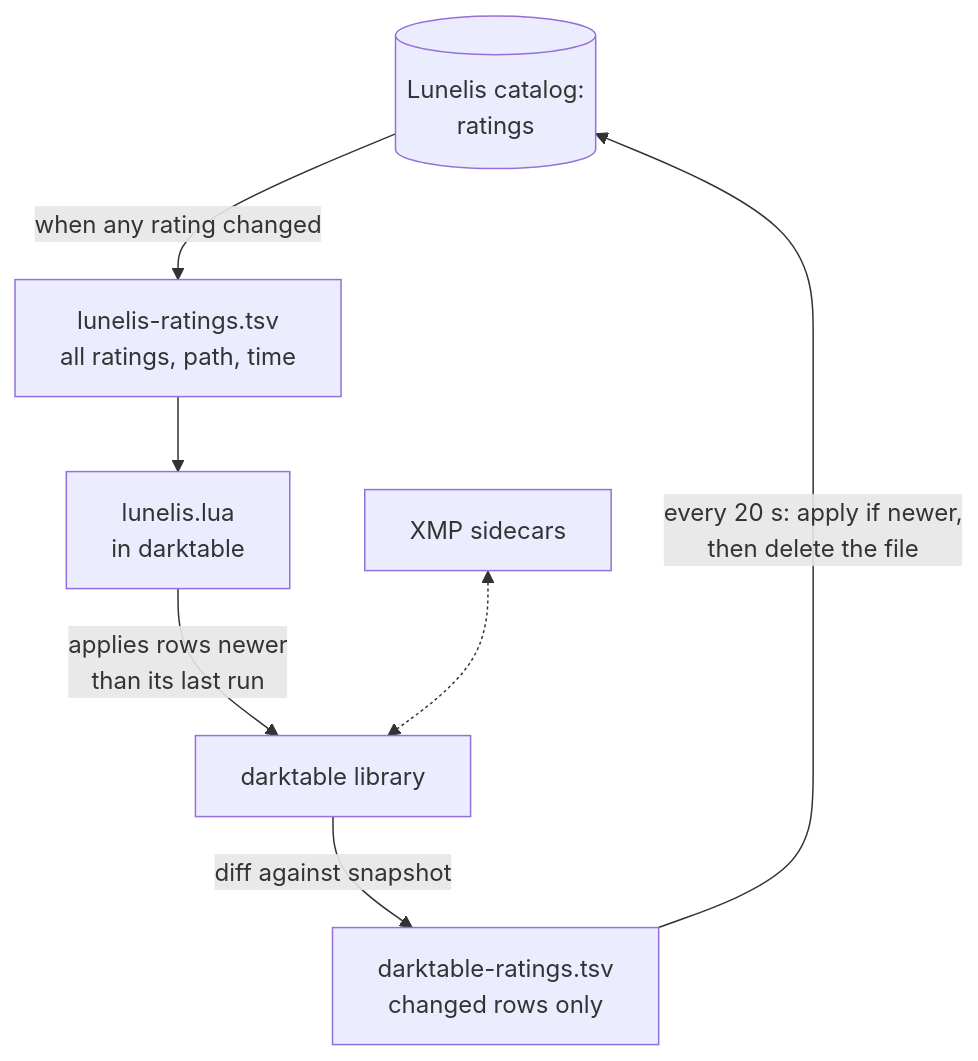
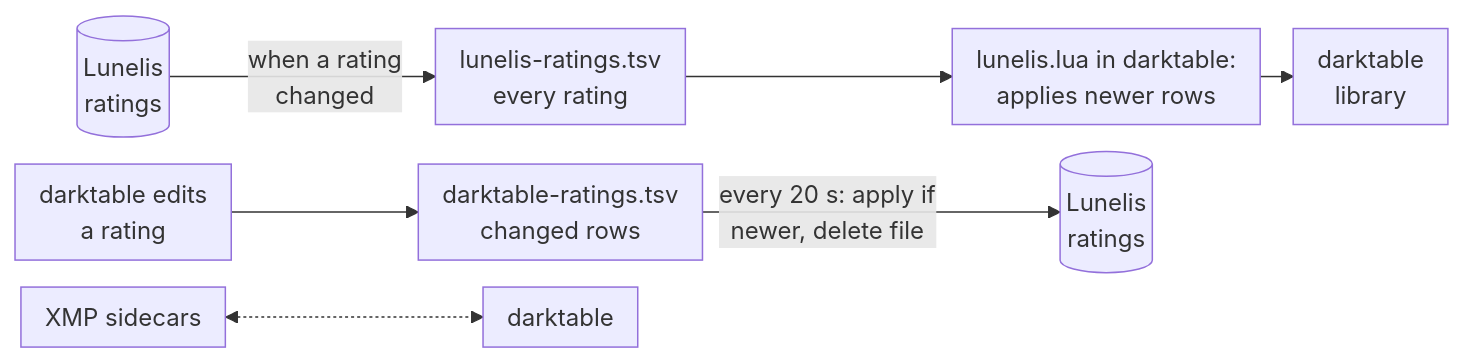
One commit to AxialForge/Lunelis changed diagram 12 of 14 in docs/src/dataflow-lunelis.md. Above: the diagram before and after it, drawn with Mermaid. The commit also changed other lines of this file and 3 other files, not shown here.

Commit message:
Kit: keep table header and last rows with their neighbours, taller figures, diagram and table guidance in the style guide

````diff
--- a/docs/src/dataflow-lunelis.md
+++ b/docs/src/dataflow-lunelis.md
@@ -471,9 +399,7 @@
-```mermaid darktable bridge. Two TSV files in one exchange folder; the newest change wins, and XMP sidecars are a second channel.
-flowchart TD
-  C[("Lunelis catalog:<br/>ratings")] -- "when any rating changed" --> T1["lunelis-ratings.tsv<br/>all ratings, path, time"]
-  T1 --> L["lunelis.lua<br/>in darktable"]
-  L -- "applies rows newer<br/>than its last run" --> D["darktable library"]
-  D -- "diff against snapshot" --> T2["darktable-ratings.tsv<br/>changed rows only"]
-  T2 -- "every 20 s: apply if newer,<br/>then delete the file" --> C
-  X["XMP sidecars"] <-.-> D
+```mermaid darktable bridge. Two TSV files in one exchange folder; the newest change wins. XMP sidecars are a second channel.
+%%{init: {"flowchart": {"rankSpacing": 22, "nodeSpacing": 18, "padding": 8}}}%%
+flowchart LR
+  C1[("Lunelis<br/>ratings")] -- "when a rating<br/>changed" --> T1["lunelis-ratings.tsv<br/>every rating"] --> L["lunelis.lua in darktable:<br/>applies newer rows"] --> D1["darktable<br/>library"]
+  D2["darktable edits<br/>a rating"] --> T2["darktable-ratings.tsv<br/>changed rows"] -- "every 20 s: apply if<br/>newer, delete file" --> C2[("Lunelis<br/>ratings")]
+  X["XMP sidecars"] <-.-> D3["darktable"]
 ```
````
